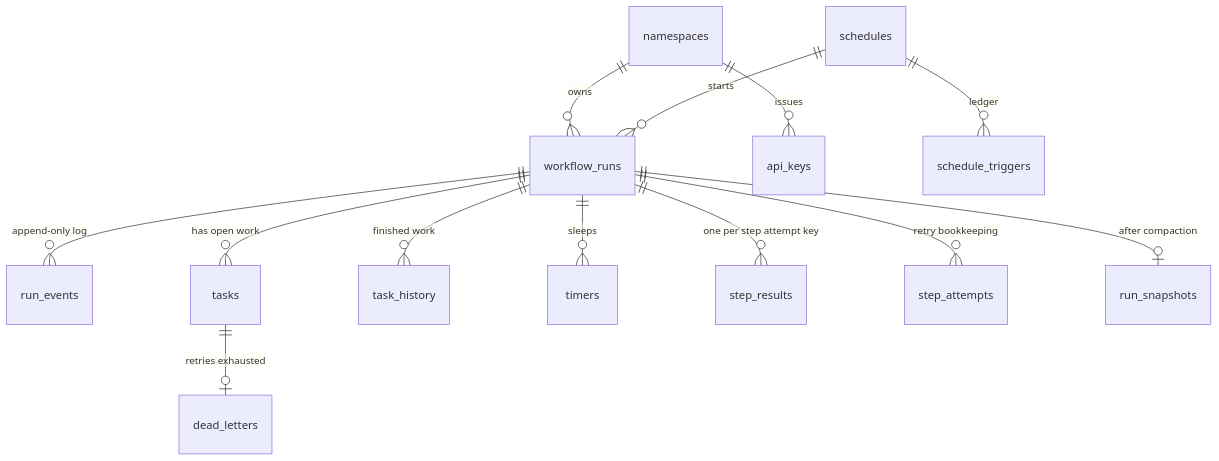
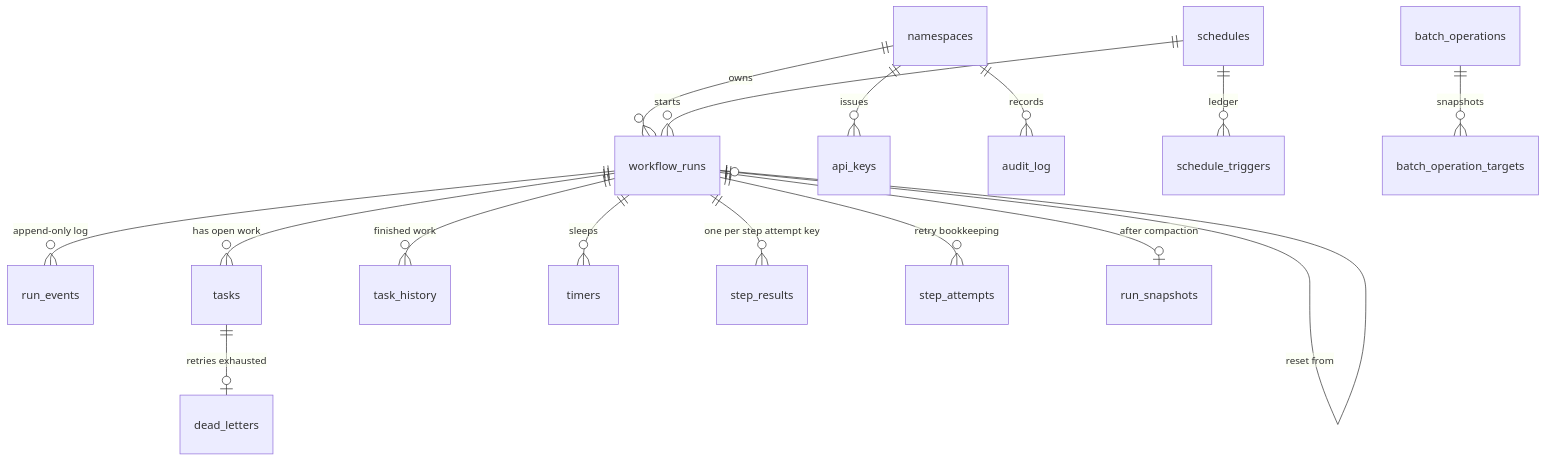
Before and after one commit to utkutvskin/durable-execution-engine: the second of 3 diagrams in docs/ARCHITECTURE.md, drawn with Mermaid. The commit also changed other lines of this file and 8 other files, not shown here.

````diff
--- a/docs/ARCHITECTURE.md
+++ b/docs/ARCHITECTURE.md
@@ -29,15 +30,18 @@
 ```mermaid
 erDiagram
   namespaces ||--o{ workflow_runs : owns
   namespaces ||--o{ api_keys : issues
+  namespaces ||--o{ audit_log : records
   workflow_runs ||--o{ run_events : "append-only log"
   workflow_runs ||--o{ tasks : "has open work"
   workflow_runs ||--o{ task_history : "finished work"
   workflow_runs ||--o{ timers : sleeps
   workflow_runs ||--o{ step_results : "one per step attempt key"
   workflow_runs ||--o{ step_attempts : "retry bookkeeping"
   workflow_runs ||--o| run_snapshots : "after compaction"
   tasks ||--o| dead_letters : "retries exhausted"
   schedules ||--o{ schedule_triggers : "ledger"
   schedules ||--o{ workflow_runs : starts
+  workflow_runs ||--o| workflow_runs : "reset from"
+  batch_operations ||--o{ batch_operation_targets : snapshots
 ```
````
